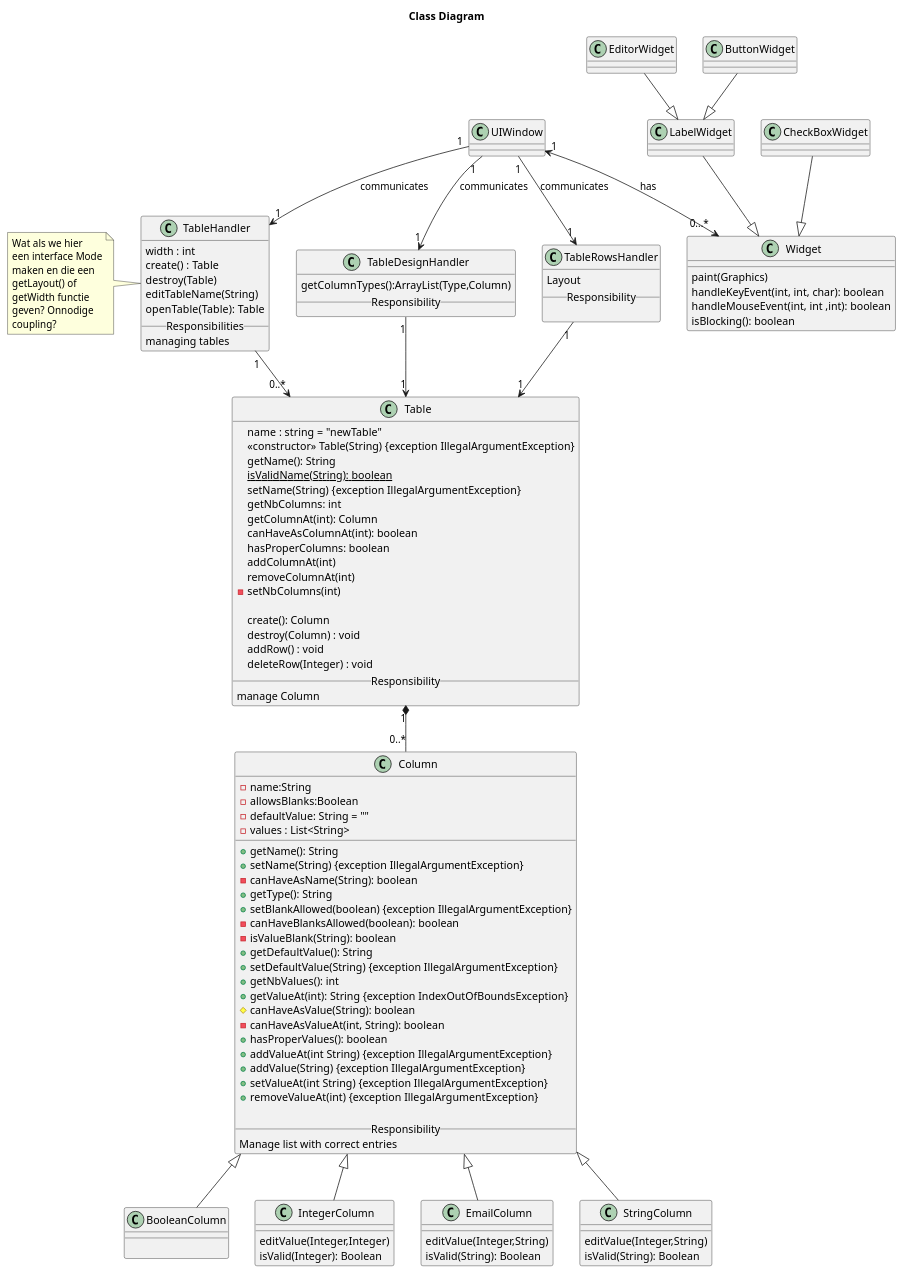
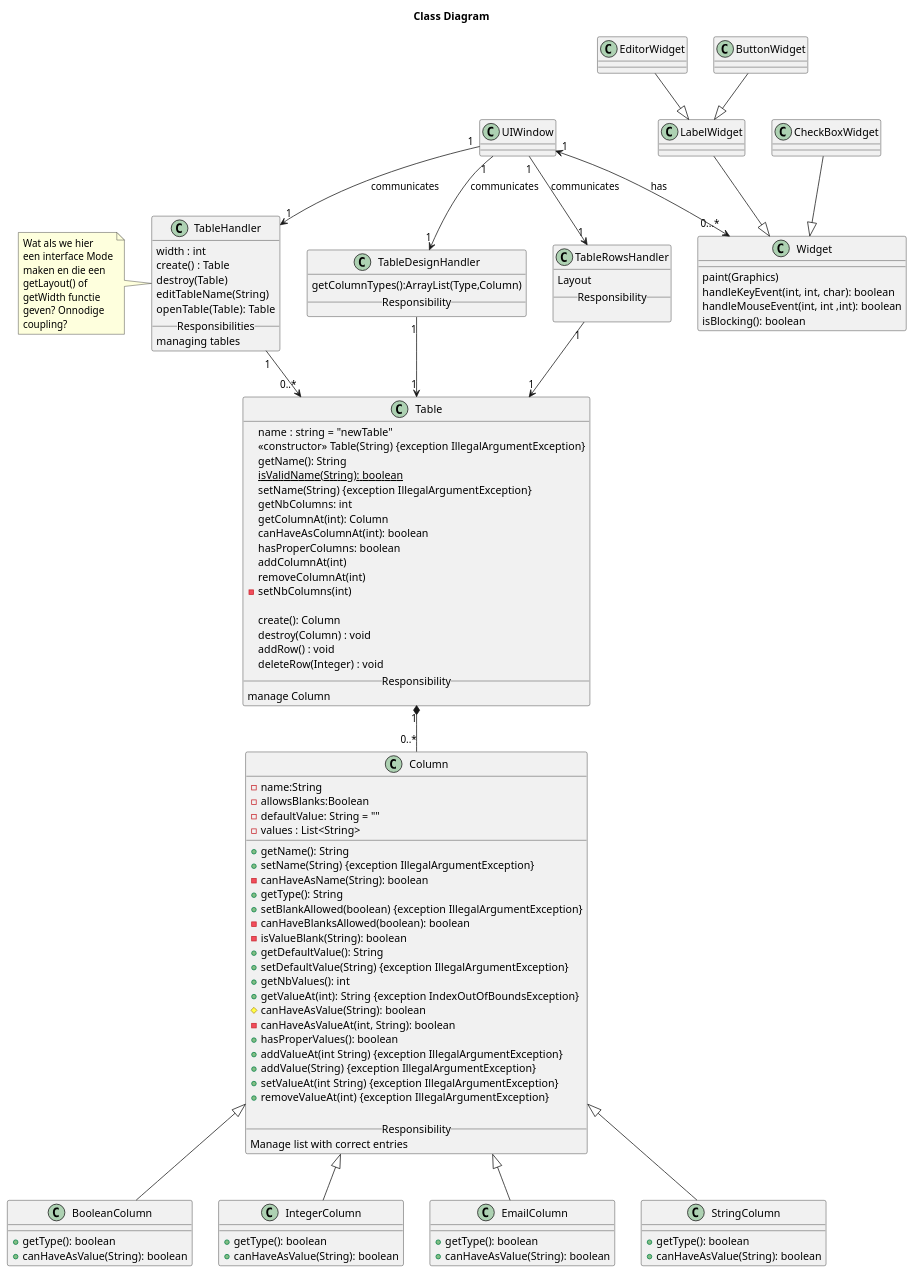
One commit to Bhamoss/softwareOntwerpProject changed the diagram in diagrams/classDiagrams/classDiagramB.puml. Above: the diagram before and after it, drawn with PlantUML.

Commit message:
update classdiagramB

```diff
--- a/diagrams/classDiagrams/classDiagramB.puml
+++ b/diagrams/classDiagrams/classDiagramB.puml
@@ -1,148 +1,152 @@
 @startuml
 title Class Diagram
 
 class Widget{
     paint(Graphics)
     handleKeyEvent(int, int, char): boolean
     handleMouseEvent(int, int ,int): boolean
     isBlocking(): boolean
 }
 UIWindow "1" <--> "0...*" Widget: has
 
 
 
 class LabelWidget{
 }
 LabelWidget --|> Widget
 
 
 class EditorWidget{
 }
 EditorWidget --|> LabelWidget
 
 class CheckBoxWidget{
 }
 CheckBoxWidget --|> Widget
 class ButtonWidget{
 }
 ButtonWidget --|> LabelWidget
 
 
 
 class UIWindow{
 }
 
 UIWindow "1" --> "1" TableHandler:  communicates
 UIWindow "1" --> "1" TableDesignHandler:  communicates
 UIWindow "1" --> "1" TableRowsHandler:  communicates
 
 
 class TableHandler{
     width : int
     create() : Table
     destroy(Table)
     editTableName(String)
     openTable(Table): Table
     __Responsibilities__
     managing tables
 }
 note left
     Wat als we hier
     een interface Mode
     maken en die een
     getLayout() of
     getWidth functie
     geven? Onnodige
     coupling?
 end note
 TableHandler "1" --> "0..*" Table
 TableDesignHandler "1" --> "1" Table
 TableRowsHandler "1" --> "1" Table
 
 
 class TableDesignHandler{
     getColumnTypes():ArrayList(Type,Column)
 __Responsibility__
 }
 
 class TableRowsHandler{
     Layout
 __Responsibility__
 
 }
 
 class Table{
     name : string = "newTable"
     <<constructor>> Table(String) {exception IllegalArgumentException}
     getName(): String
     isValidName(String): boolean {static}
     setName(String) {exception IllegalArgumentException}
     getNbColumns: int
     getColumnAt(int): Column
     canHaveAsColumnAt(int): boolean
     hasProperColumns: boolean
     addColumnAt(int)
     removeColumnAt(int)
     - setNbColumns(int)
 
     create(): Column
     destroy(Column) : void
     addRow() : void
     deleteRow(Integer) : void
 __Responsibility__
 manage Column
 }
 
 Column <|-- BooleanColumn
 Column <|-- IntegerColumn
 Column <|-- EmailColumn
 Column <|-- StringColumn
 
 class Column{
     -name:String
     -allowsBlanks:Boolean
     -defaultValue: String = ""
     -values : List<String>
     __
     +getName(): String
     +setName(String) {exception IllegalArgumentException}
     -canHaveAsName(String): boolean
     +getType(): String
     +setBlankAllowed(boolean) {exception IllegalArgumentException}
     -canHaveBlanksAllowed(boolean): boolean
     -isValueBlank(String): boolean
     +getDefaultValue(): String
     +setDefaultValue(String) {exception IllegalArgumentException}
     +getNbValues(): int
     +getValueAt(int): String {exception IndexOutOfBoundsException}
     #canHaveAsValue(String): boolean
     -canHaveAsValueAt(int, String): boolean
     +hasProperValues(): boolean
     +addValueAt(int String) {exception IllegalArgumentException}
     +addValue(String) {exception IllegalArgumentException}
     +setValueAt(int String) {exception IllegalArgumentException}
     +removeValueAt(int) {exception IllegalArgumentException}
 
 __Responsibility__
 Manage list with correct entries
 }
 
 Table "1" *-- "0..*" Column
 
 class BooleanColumn{
 __
-
++getType(): boolean
++canHaveAsValue(String): boolean
 }
 class StringColumn{
-editValue(Integer,String)
-isValid(String): Boolean
+__
++getType(): boolean
++canHaveAsValue(String): boolean
 }
 class EmailColumn{
-editValue(Integer,String)
-isValid(String): Boolean
+__
++getType(): boolean
++canHaveAsValue(String): boolean
 }
 class IntegerColumn{
-editValue(Integer,Integer)
-isValid(Integer): Boolean
+__
++getType(): boolean
++canHaveAsValue(String): boolean
 }
 @enduml
```
